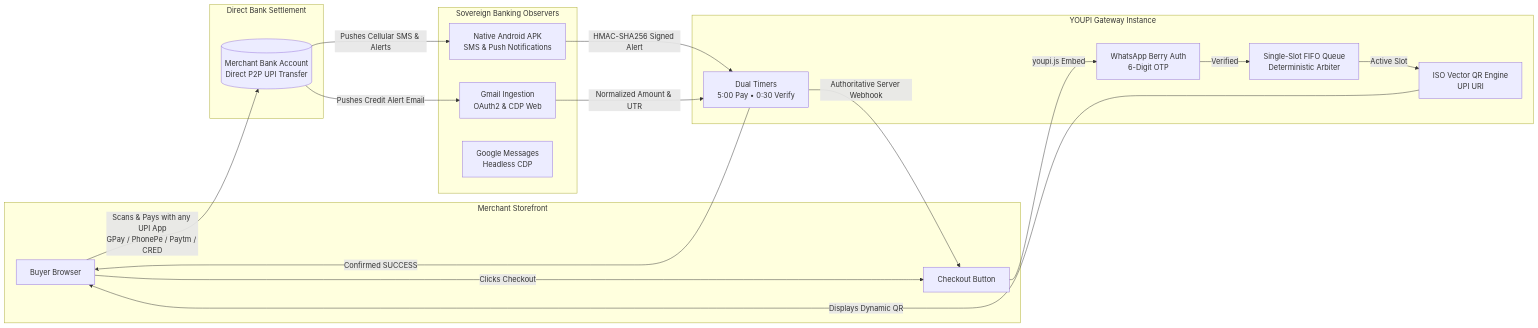
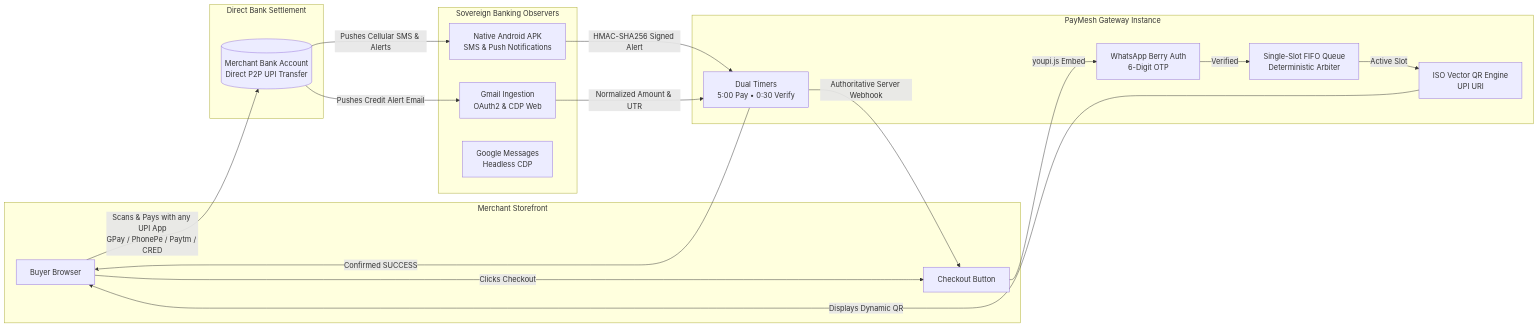
One commit to niladri17dutta/PayMesh---Payment-Gateway changed the diagram in README.md. Above: the diagram before and after it, drawn with Mermaid. The commit also changed other lines of this file and 18 other files, not shown here.

First line of the commit message:
chore: rename application branding and documentation to PayMesh

````diff
--- a/README.md
+++ b/README.md
@@ -107,40 +107,40 @@
 ```mermaid
 flowchart LR
     subgraph Storefront["Merchant Storefront"]
         Buyer[Buyer Browser]
         Cart[Checkout Button]
     end
 
-    subgraph Gateway["YOUPI Gateway Instance"]
+    subgraph Gateway["PayMesh Gateway Instance"]
         AuthGate[WhatsApp Berry Auth<br/>6-Digit OTP]
         Queue[Single-Slot FIFO Queue<br/>Deterministic Arbiter]
         VectorQR[ISO Vector QR Engine<br/>UPI URI]
         DualTimer[Dual Timers<br/>5:00 Pay • 0:30 Verify]
     end
 
     subgraph BankingMesh["Sovereign Banking Observers"]
         AndroidNode[Native Android APK<br/>SMS & Push Notifications]
         GmailNode[Gmail Ingestion<br/>OAuth2 & CDP Web]
         SMSNode[Google Messages<br/>Headless CDP]
     end
 
     subgraph Settlement["Direct Bank Settlement"]
         MerchantBank[(Merchant Bank Account<br/>Direct P2P UPI Transfer)]
     end
 
     Buyer -->|Clicks Checkout| Cart
     Cart -->|youpi.js Embed| AuthGate
     AuthGate -->|Verified| Queue
     Queue -->|Active Slot| VectorQR
     VectorQR -->|Displays Dynamic QR| Buyer
 
     Buyer -->|Scans & Pays with any UPI App<br/>GPay / PhonePe / Paytm / CRED| MerchantBank
     MerchantBank -->|Pushes Cellular SMS & Alerts| AndroidNode
     MerchantBank -->|Pushes Credit Alert Email| GmailNode
 
     AndroidNode -->|HMAC-SHA256 Signed Alert| DualTimer
     GmailNode -->|Normalized Amount & UTR| DualTimer
 
     DualTimer -->|Confirmed SUCCESS| Buyer
     DualTimer -->|Authoritative Server Webhook| Cart
 ```
````
